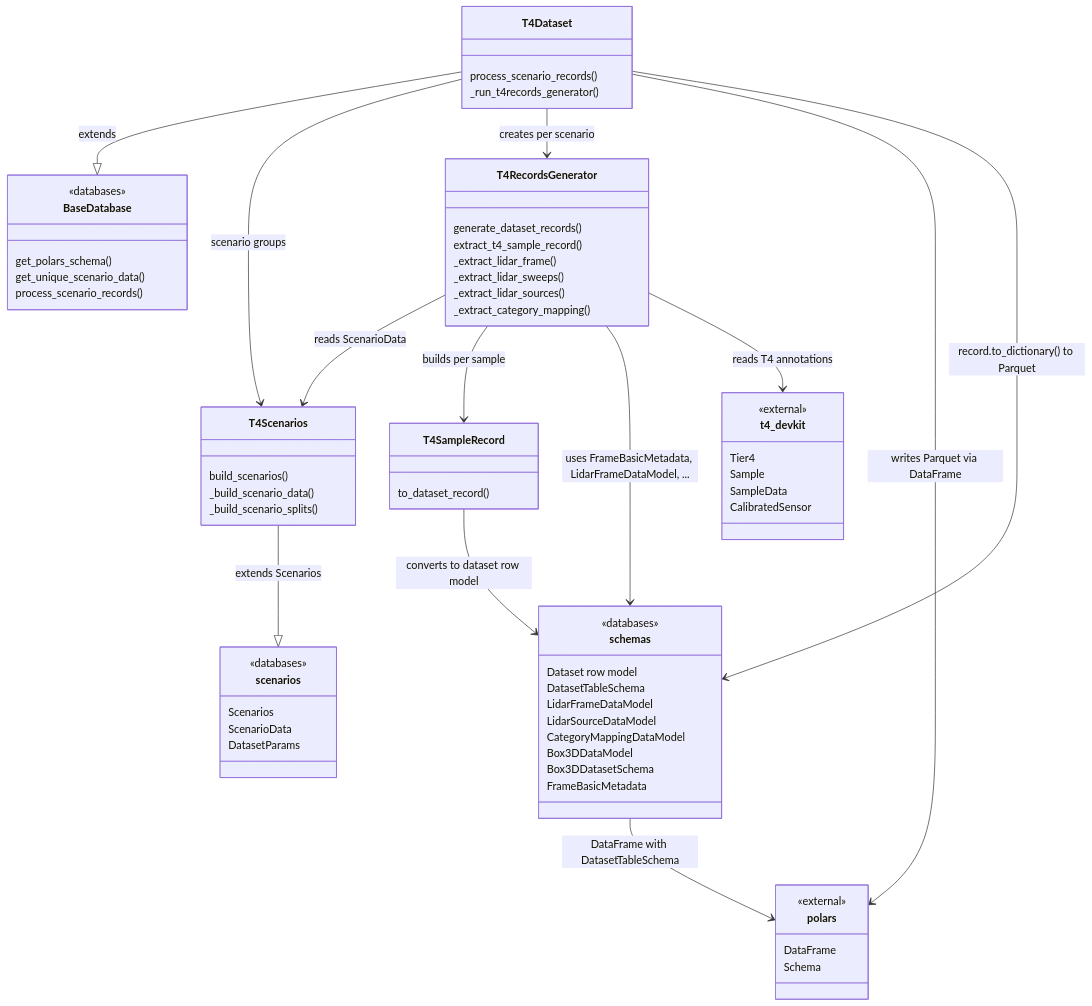
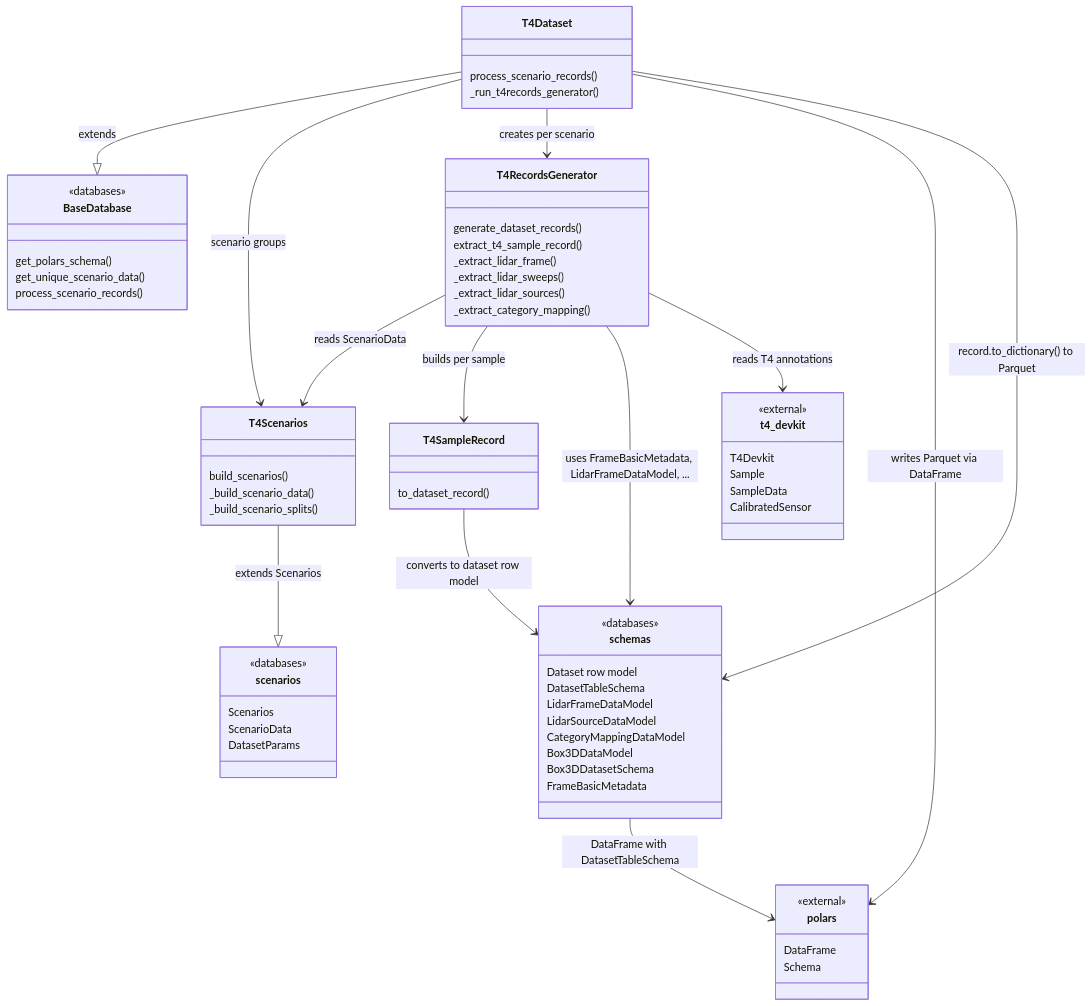
The diagram in docs/databases/t4dataset.md (tier4/autoware-ml), drawn with Mermaid before and after one commit. The commit also changed 7 other files, not shown here.

```diff
--- a/docs/databases/t4dataset.md
+++ b/docs/databases/t4dataset.md
@@ -38,7 +38,7 @@
 
     class t4_devkit {
         <<external>>
-        Tier4
+        T4Devkit
         Sample
         SampleData
         CalibratedSensor
```
